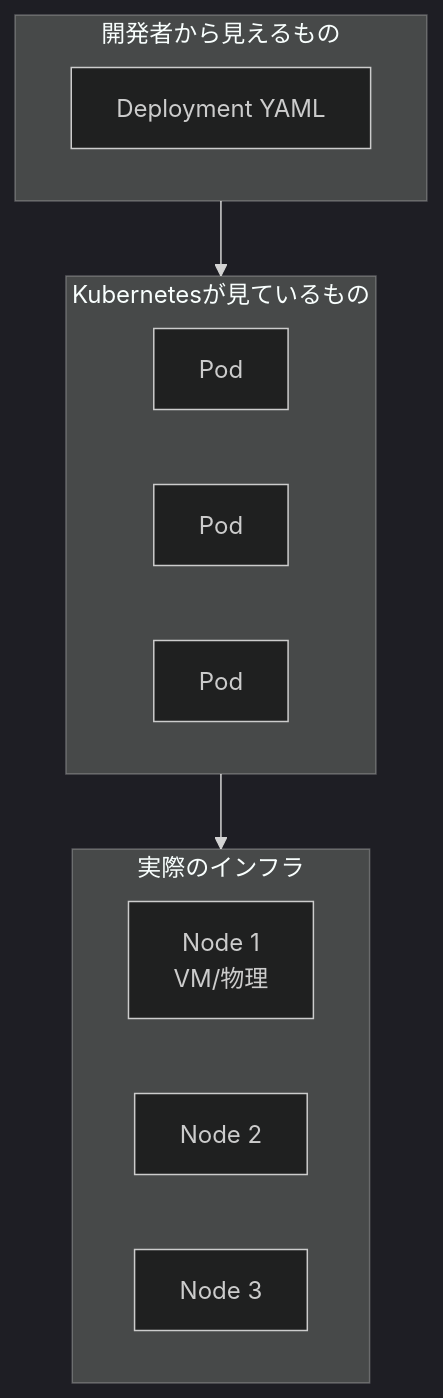
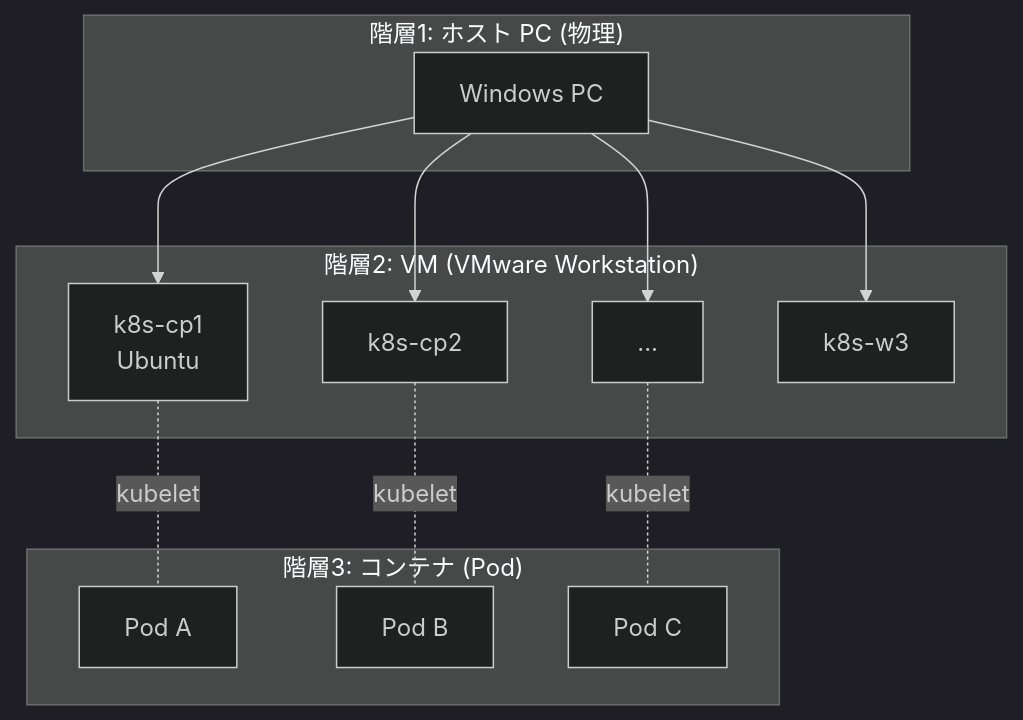
Before and after one commit to swallowsaba/introduction-k8s: diagram 16 of 16 in docs/01-introduction/vm-docker-k8s.md, drawn with Mermaid (dark theme). The commit also changed other lines of this file and 12 other files, not shown here.

````diff
--- a/docs/01-introduction/vm-docker-k8s.md
+++ b/docs/01-introduction/vm-docker-k8s.md
@@ -91,18 +857,24 @@
 ```mermaid
 flowchart TB
-    subgraph Dev["開発者から見えるもの"]
-        yaml[Deployment YAML]
+    subgraph layer1["階層1: ホスト PC (物理)"]
+        host[Windows PC]
     end
-    subgraph K8s["Kubernetesが見ているもの"]
-        po1[Pod]
-        po2[Pod]
-        po3[Pod]
+    subgraph layer2["階層2: VM (VMware Workstation)"]
+        vm1[k8s-cp1<br>Ubuntu]
+        vm2[k8s-cp2]
+        vm3[...]
+        vm7[k8s-w3]
     end
-    subgraph Infra["実際のインフラ"]
-        n1[Node 1<br>VM/物理]
-        n2[Node 2]
-        n3[Node 3]
+    subgraph layer3["階層3: コンテナ (Pod)"]
+        p1[Pod A]
+        p2[Pod B]
+        p3[Pod C]
     end
-    Dev --> K8s
-    K8s --> Infra
+    host --> vm1
+    host --> vm2
+    host --> vm3
+    host --> vm7
+    vm1 -.kubelet.- p1
+    vm2 -.kubelet.- p2
+    vm3 -.kubelet.- p3
 ```
````
